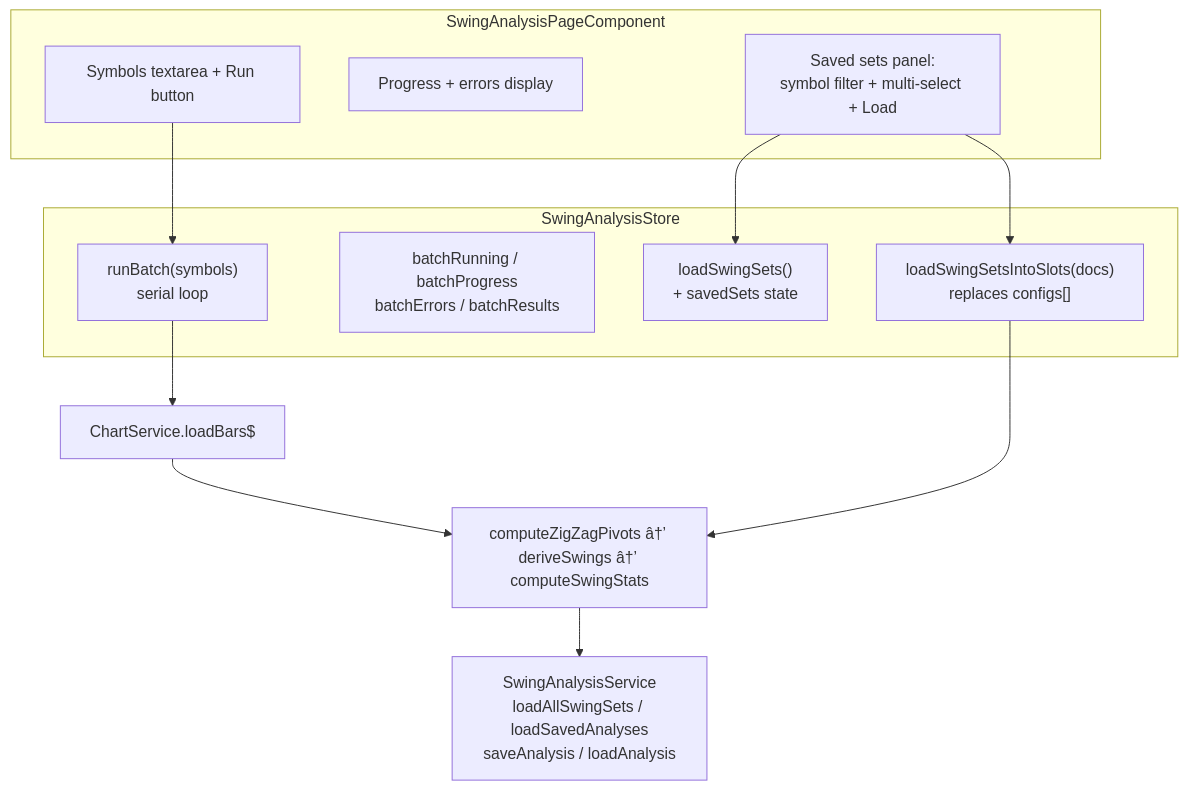
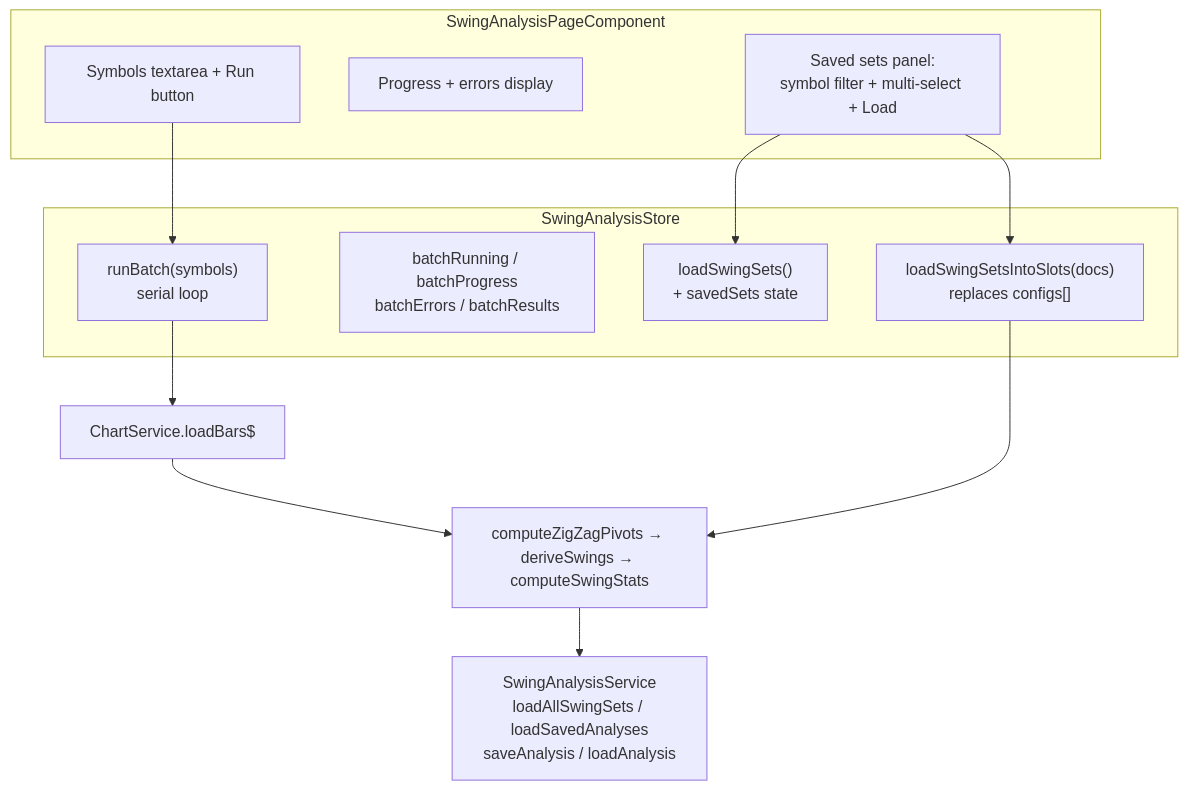
One commit to rinebob/rel-str changed the diagram in docs/topics/261-indicator-lib/261-416-419-IMPL-INDICATOR-LIB-fe-indicator-lib-auto-run-save-swings.md. Above: the diagram before and after it, drawn with Mermaid. The commit also changed other lines of this file and 2 other files, not shown here.

````diff
--- a/docs/topics/261-indicator-lib/261-416-419-IMPL-INDICATOR-LIB-fe-indicator-lib-auto-run-save-swings.md
+++ b/docs/topics/261-indicator-lib/261-416-419-IMPL-INDICATOR-LIB-fe-indicator-lib-auto-run-save-swings.md
@@ -20,24 +20,24 @@
 ```mermaid
 flowchart TB
   subgraph Store["SwingAnalysisStore"]
     RB["runBatch(symbols)<br/>serial loop"]
     BATCH["batchRunning / batchProgress<br/>batchErrors / batchResults"]
     LS["loadSwingSets()<br/>+ savedSets state"]
     LNS["loadSwingSetsIntoSlots(docs)<br/>replaces configs[]"]
   end
 
   subgraph Page["SwingAnalysisPageComponent"]
     TXT["Symbols textarea + Run button"]
     PROG["Progress + errors display"]
     BRW["Saved sets panel:<br/>symbol filter + multi-select + Load"]
   end
 
   SVC["SwingAnalysisService<br/>loadAllSwingSets / loadSavedAnalyses<br/>saveAnalysis / loadAnalysis"]
   CH["ChartService.loadBars$"]
-  ENG["computeZigZagPivots â†’ deriveSwings â†’ computeSwingStats"]
+  ENG["computeZigZagPivots → deriveSwings → computeSwingStats"]
 
   TXT --> RB
   RB --> CH --> ENG --> SVC
   BRW --> LS
   BRW --> LNS --> ENG
 ```
````
